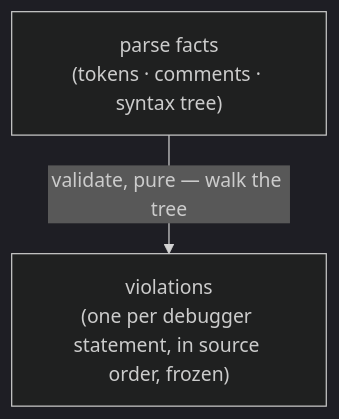
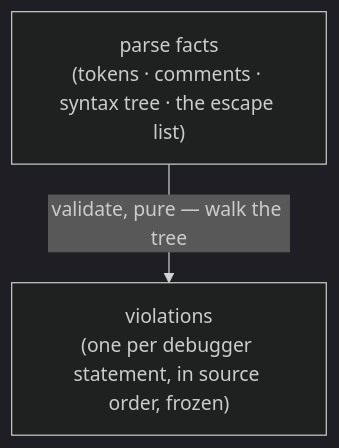
Before and after one commit to codeschoolinabox/curricula: the diagram in src/lib/study-lenses/language-levels/scaffold/DOCS.md, drawn with Mermaid (dark theme). The commit also changed 9 other files, not shown here.

````diff
--- a/src/lib/study-lenses/language-levels/scaffold/DOCS.md
+++ b/src/lib/study-lenses/language-levels/scaffold/DOCS.md
@@ -22,6 +22,6 @@
 ```mermaid
 flowchart TD
-    PF["parse facts<br/>(tokens · comments · syntax tree)"]
+    PF["parse facts<br/>(tokens · comments · syntax tree · the escape list)"]
     V["violations<br/>(one per debugger statement, in source order, frozen)"]
     PF -->|"validate, pure — walk the tree"| V
 ```
````
